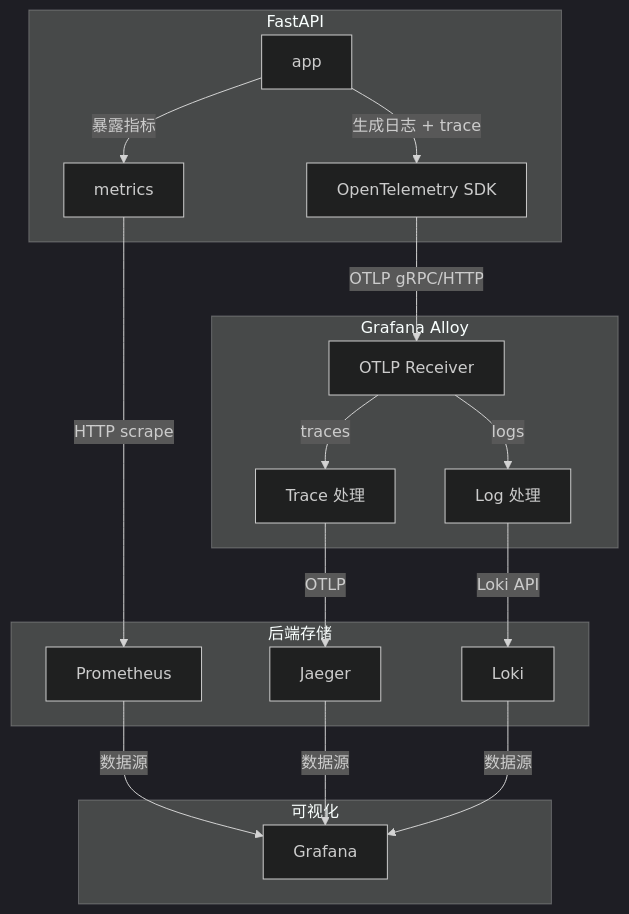
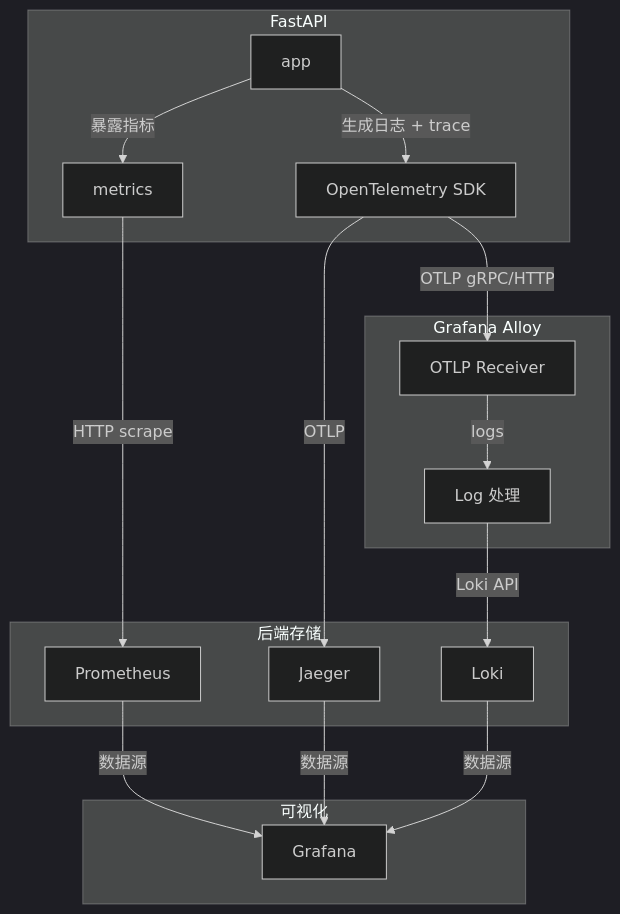
One commit to L7WD3-Xiao/devops-observability-workshop changed the diagram in doc/note.md. Above: the diagram before and after it, drawn with Mermaid (dark theme). The commit also changed other lines of this file and 9 other files, not shown here.

````diff
--- a/doc/note.md
+++ b/doc/note.md
@@ -175,35 +187,34 @@
 ```mermaid
 flowchart TD
     subgraph App[FastAPI]
         A[app]
         O[OpenTelemetry SDK]
         M[metrics]
     end
 
     subgraph Alloy[Grafana Alloy]
         R[OTLP Receiver]
-        T[Trace 处理]
         L[Log 处理]
     end
 
     subgraph Backend[后端存储]
         P[Prometheus]
         Jaeger[Jaeger]
         Loki[Loki]
     end
 
     subgraph Frontend[可视化]
         G[Grafana]
     end
 
 	A -- 暴露指标 --> M
     A -- 生成日志 + trace --> O
     O -- OTLP gRPC/HTTP --> R
-    R -- traces --> T -- OTLP --> Jaeger
+    O -- OTLP --> Jaeger
     R -- logs --> L -- Loki API --> Loki
     M -- HTTP scrape --> P
 
     P -- 数据源 --> G
     Jaeger -- 数据源 --> G
     Loki -- 数据源 --> G
 ```
````
